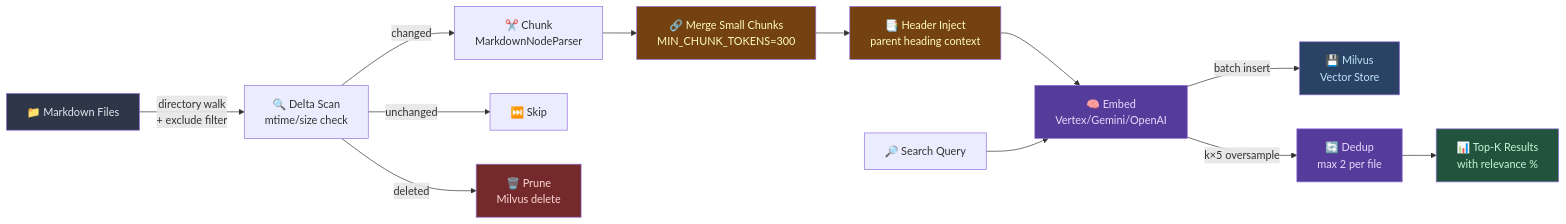
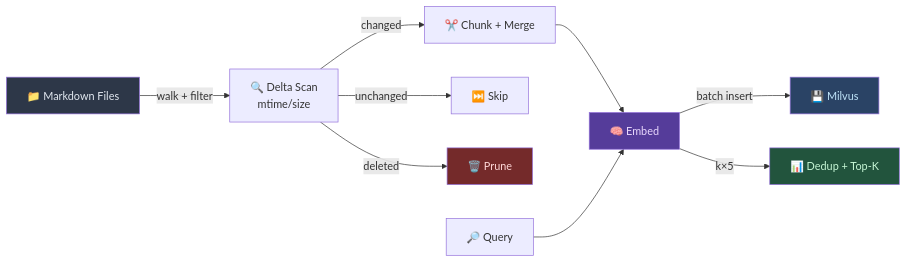
The second of 2 diagrams in README.md (bitkyc08-arch/markdown-fastrag-mcp), drawn with Mermaid before and after one commit. The commit also changed other lines of this file and 2 other files, not shown here.

Commit message:
[agent] docs: restructure README, add fork attribution, enhance docs with mermaid

````diff
--- a/README.md
+++ b/README.md
@@ -78,24 +85,18 @@
 ```mermaid
 flowchart LR
-    A["📁 Markdown Files"] -->|"directory walk<br/>+ exclude filter"| B["🔍 Delta Scan<br/>mtime/size check"]
-    B -->|changed| C["✂️ Chunk<br/>MarkdownNodeParser"]
+    A["📁 Markdown Files"] -->|"walk + filter"| B["🔍 Delta Scan<br/>mtime/size"]
+    B -->|changed| C["✂️ Chunk + Merge"]
     B -->|unchanged| SKIP["⏭️ Skip"]
-    B -->|deleted| PRUNE["🗑️ Prune<br/>Milvus delete"]
-    C --> M["🔗 Merge Small Chunks<br/>MIN_CHUNK_TOKENS=300"]
-    M --> H["📑 Header Inject<br/>parent heading context"]
-    H --> D["🧠 Embed<br/>Vertex/Gemini/OpenAI"]
-    D -->|"batch insert"| E["💾 Milvus<br/>Vector Store"]
+    B -->|deleted| PRUNE["🗑️ Prune"]
+    C --> D["🧠 Embed"]
+    D -->|"batch insert"| E["💾 Milvus"]
 
-    F["🔎 Search Query"] --> D
-    D -->|"k×5 oversample"| DD["🔄 Dedup<br/>max 2 per file"]
-    DD --> G["📊 Top-K Results<br/>with relevance %"]
+    F["🔎 Query"] --> D
+    D -->|"k×5"| G["📊 Dedup + Top-K"]
 
     style A fill:#2d3748,color:#e2e8f0
-    style M fill:#744210,color:#fefcbf
-    style H fill:#744210,color:#fefcbf
     style D fill:#553c9a,color:#e9d8fd
     style E fill:#2a4365,color:#bee3f8
-    style DD fill:#553c9a,color:#e9d8fd
     style G fill:#22543d,color:#c6f6d5
     style PRUNE fill:#742a2a,color:#fed7d7
 ```
````
